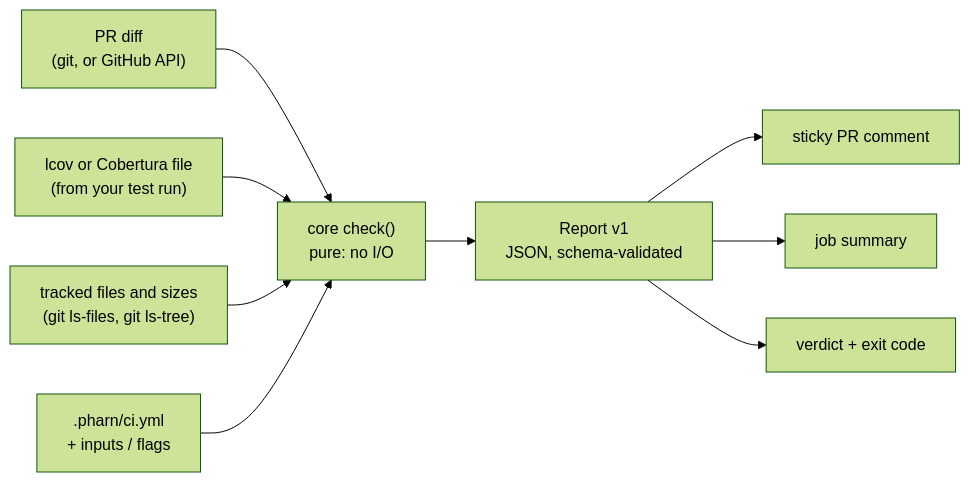
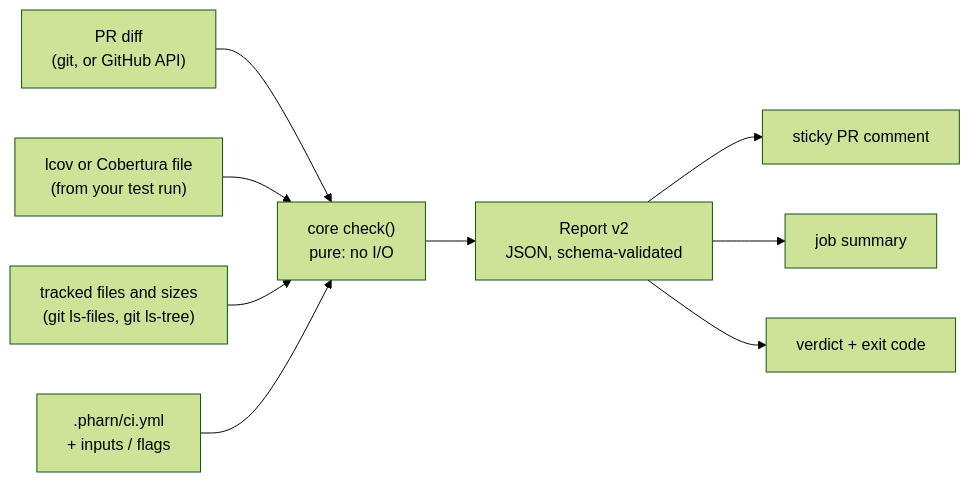
The diagram in README.md (pharn-dev/pharn-ci), drawn with Mermaid (forest theme) before and after one commit. The commit also changed other lines of this file and 48 other files, not shown here.

First line of the commit message:
feat: Report v2 skeleton (schemaVersion 2, testIntegrity, meta)

````diff
--- a/README.md
+++ b/README.md
@@ -239,11 +239,11 @@
 ```mermaid
 flowchart LR
     DIFF["PR diff<br/>(git, or GitHub API)"] --> CORE
     LCOV["lcov or Cobertura file<br/>(from your test run)"] --> CORE
     FILES["tracked files and sizes<br/>(git ls-files, git ls-tree)"] --> CORE
     CFG[".pharn/ci.yml<br/>+ inputs / flags"] --> CORE
-    CORE["core check()<br/>pure: no I/O"] --> REPORT["Report v1<br/>JSON, schema-validated"]
+    CORE["core check()<br/>pure: no I/O"] --> REPORT["Report v2<br/>JSON, schema-validated"]
     REPORT --> COMMENT["sticky PR comment"]
     REPORT --> SUMMARY["job summary"]
     REPORT --> EXIT["verdict + exit code"]
 ```
````
